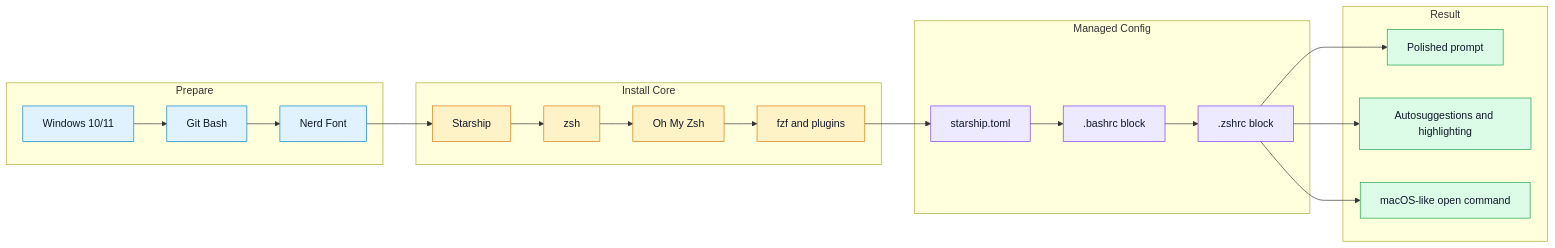
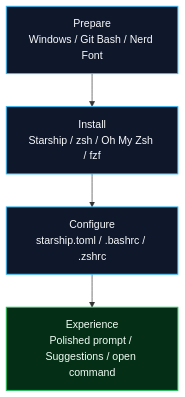
The diagram in README-EN.md (gyf-dev/windows-bash-zsh), drawn with Mermaid before and after one commit. The commit also changed other lines of this file and 2 other files, not shown here.

Commit message:
optimization

````diff
--- a/README-EN.md
+++ b/README-EN.md
@@ -28,44 +34,15 @@
 ```mermaid
-flowchart LR
-  subgraph P["Prepare"]
-    A["Windows 10/11"]
-    B["Git Bash"]
-    C["Nerd Font"]
-  end
+flowchart TB
+  A["Prepare<br/>Windows / Git Bash / Nerd Font"]
+  B["Install<br/>Starship / zsh / Oh My Zsh / fzf"]
+  C["Configure<br/>starship.toml / .bashrc / .zshrc"]
+  D["Experience<br/>Polished prompt / Suggestions / open command"]
 
-  subgraph I["Install Core"]
-    D["Starship"]
-    E["zsh"]
-    F["Oh My Zsh"]
-    G["fzf and plugins"]
-  end
+  A --> B --> C --> D
 
-  subgraph Cfg["Managed Config"]
-    H["starship.toml"]
-    I1[".bashrc block"]
-    J[".zshrc block"]
-  end
+  classDef step fill:#0f172a,stroke:#38bdf8,stroke-width:1.5px,color:#f8fafc
+  classDef done fill:#052e16,stroke:#22c55e,stroke-width:1.5px,color:#f0fdf4
 
-  subgraph R["Result"]
-    K["Polished prompt"]
-    L["Autosuggestions and highlighting"]
-    M["macOS-like open command"]
-  end
-
-  A --> B --> C --> D --> E --> F --> G --> H
-  H --> I1
-  I1 --> J
-  J --> K
-  J --> L
-  J --> M
-
-  classDef prep fill:#e0f2fe,stroke:#0284c7,color:#0f172a
-  classDef install fill:#fef3c7,stroke:#d97706,color:#0f172a
-  classDef config fill:#ede9fe,stroke:#7c3aed,color:#0f172a
-  classDef result fill:#dcfce7,stroke:#16a34a,color:#0f172a
-
-  class A,B,C prep
-  class D,E,F,G install
-  class H,I1,J config
-  class K,L,M result
+  class A,B,C step
+  class D done
 ```
````
